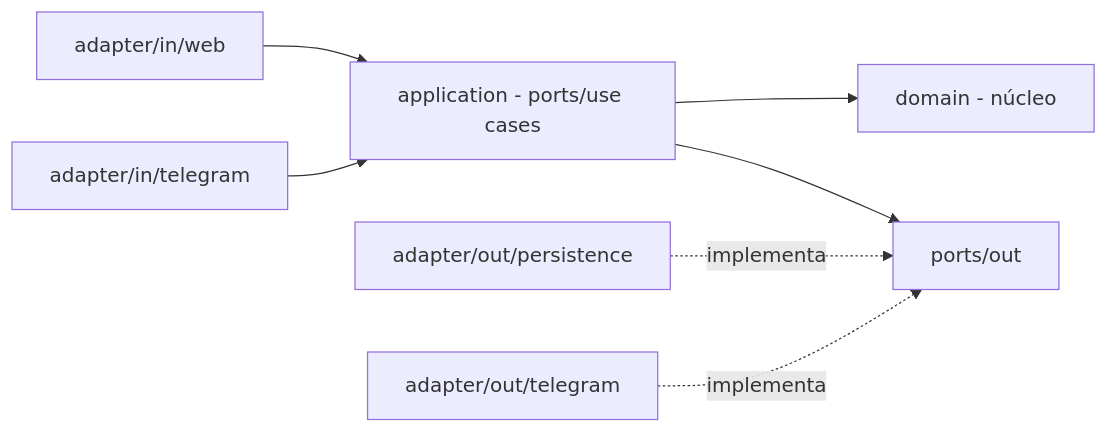
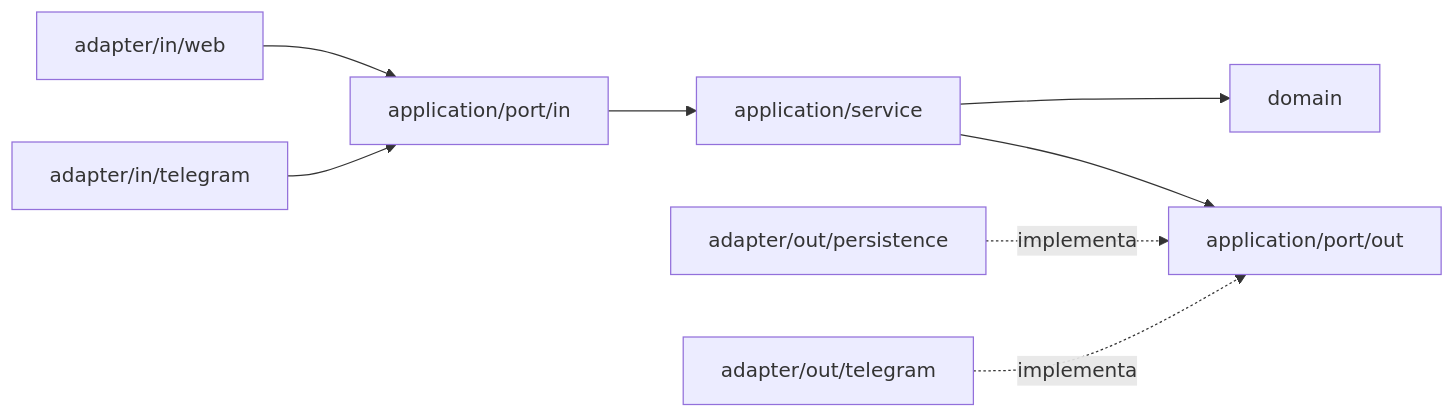
The second of 2 diagrams in ARCHITECTURE.md (Vinicius-Souza-Rodrigues/gerenciador-atendimentos), drawn with Mermaid before and after one commit. The commit also changed other lines of this file and 143 other files, not shown here.

````diff
--- a/ARCHITECTURE.md
+++ b/ARCHITECTURE.md
@@ -27,9 +28,10 @@
 ```mermaid
 graph LR
-    WebIn[adapter/in/web] --> App[application - ports/use cases]
-    TgIn[adapter/in/telegram] --> App
-    App --> Domain[domain - núcleo]
-    App --> PortsOut[ports/out]
-    PersistOut[adapter/out/persistence] -.implementa.-> PortsOut
-    TgOut[adapter/out/telegram] -.implementa.-> PortsOut
+    WebAdapter[adapter/in/web] --> PortIn[application/port/in]
+    TgInAdapter[adapter/in/telegram] --> PortIn
+    PortIn --> Service[application/service]
+    Service --> Domain[domain]
+    Service --> PortOut[application/port/out]
+    PersistAdapter[adapter/out/persistence] -.implementa.-> PortOut
+    TgOutAdapter[adapter/out/telegram] -.implementa.-> PortOut
 ```
````
